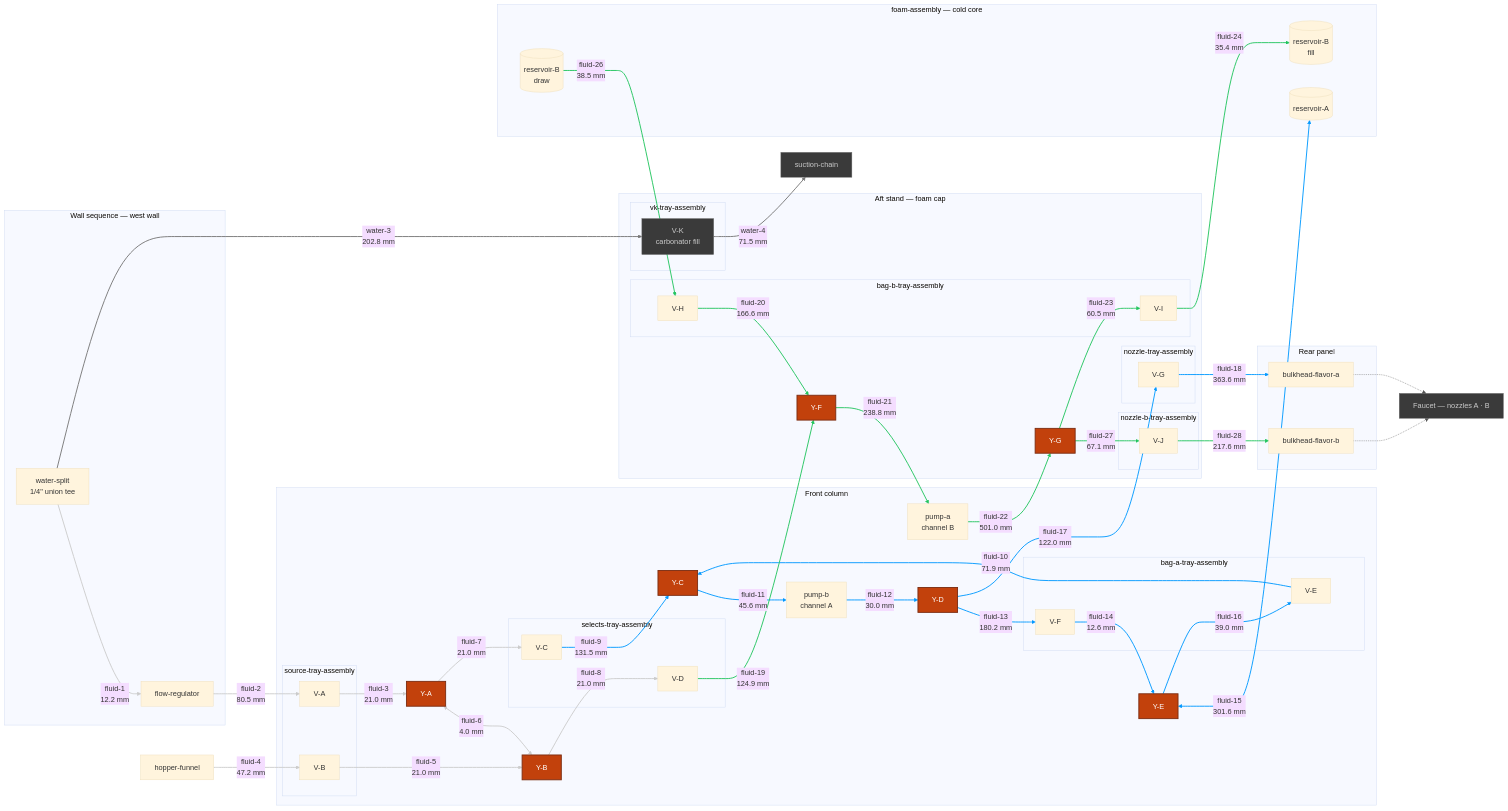
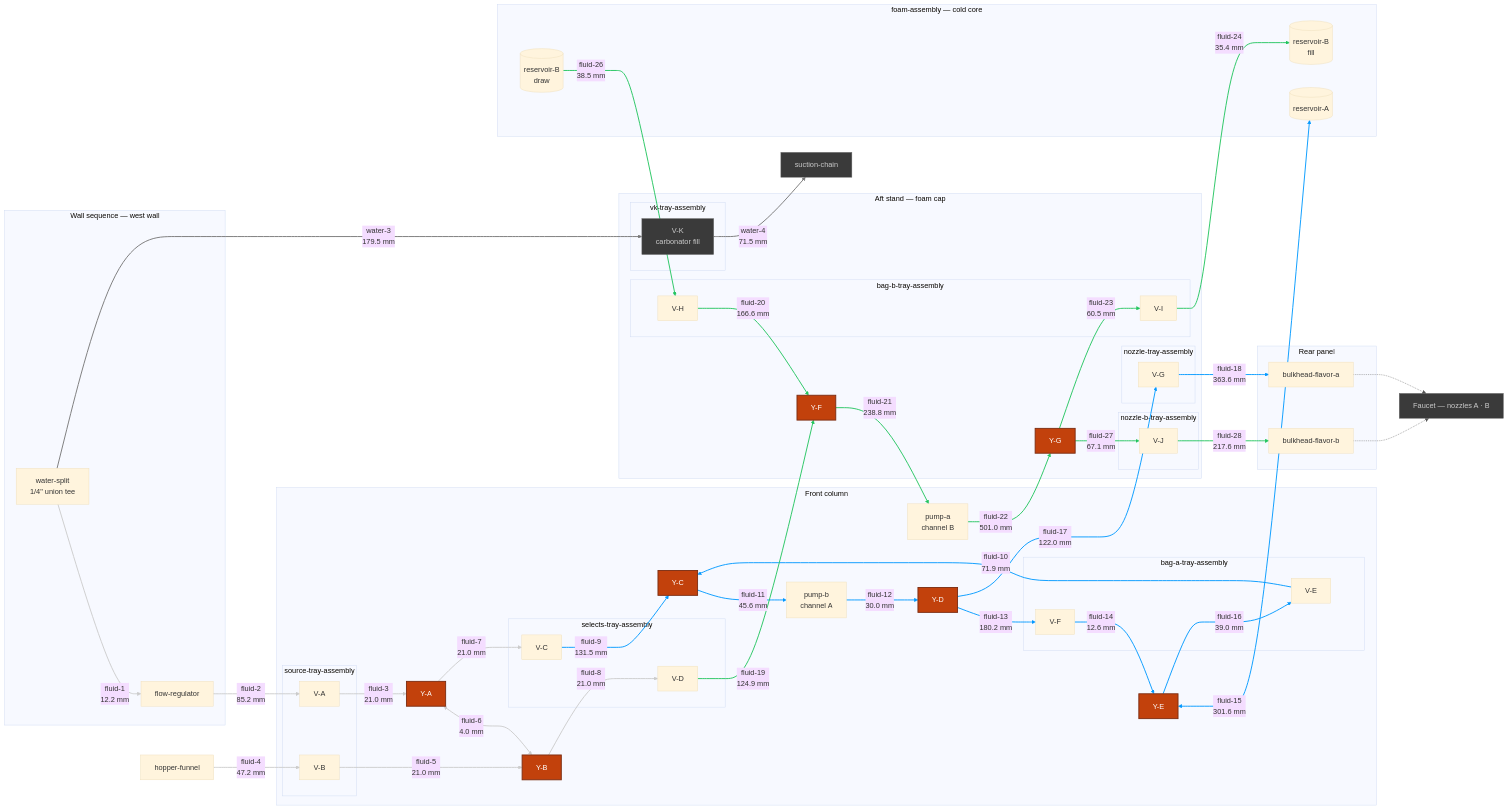
Before and after one commit to derekbreden/homesodamachine: the diagram in hardware/topology/fluid-topology-manifold.mmd, drawn with Mermaid (base theme). The commit also changed 7 other files, not shown here.

```diff
--- a/hardware/topology/fluid-topology-manifold.mmd
+++ b/hardware/topology/fluid-topology-manifold.mmd
@@ -10,7 +10,7 @@
   %% `_fluid_topology_sync.py` writes every number below and gates every edge against
   %% the built run — an edge whose two ends are not that run's two ends fails the gate.
 
-  %% The 27 flavor segments come to [2976.1 mm](FLUID_TOTAL) of 1/4" LLDPE, over
+  %% The 27 flavor segments come to [2980.8 mm](FLUID_TOTAL) of 1/4" LLDPE, over
   %% [66](FLUID_BENDS) bends. The longest is [fluid-22](LONGEST_ID) at
   %% [501.0 mm](LONGEST_LEN); the shortest is [fluid-6](SHORTEST_ID) at
   %% [4.0 mm](SHORTEST_LEN).
@@ -132,7 +132,7 @@
   %% each Tee's run falls straight down one column and the two branches face each other
   %% across fluid-6, which puts all four ports on one hydraulic node.
   Split -->|"fluid-1<br/>12.2 mm"| Reg
-  Reg -->|"fluid-2<br/>80.5 mm"| VA
+  Reg -->|"fluid-2<br/>85.2 mm"| VA
   VA -->|"fluid-3<br/>21.0 mm"| YA
   Hopper -->|"fluid-4<br/>47.2 mm"| VB
   VB -->|"fluid-5<br/>21.0 mm"| YB
@@ -183,7 +183,7 @@
   %% V-K gates the carbonator fill off the same split fluid-1 leaves. It stands on the
   %% aft stand's middle plate, and water-4 is what fluid-27 crosses over on its way out
   %% of the bay.
-  Split -->|"water-3<br/>202.8 mm"| VK
+  Split -->|"water-3<br/>179.5 mm"| VK
   VK -->|"water-4<br/>71.5 mm"| SuctChain
 
   %% =========================
```
